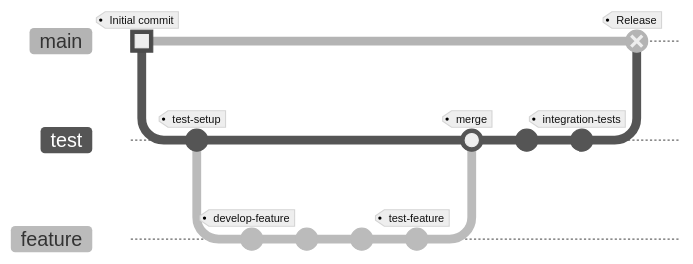
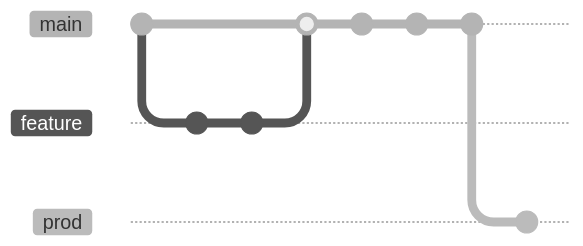
One commit to mjfrigaard/do4ds-labs changed the fourth of 5 diagrams in lab5.qmd. Above: the diagram before and after it, drawn with Mermaid. The commit also changed other lines of this file and 5 other files, not shown here. Commit ids are hidden.

````diff
--- a/lab5.qmd
+++ b/lab5.qmd
@@ -202,26 +198,24 @@
 ```{mermaid}
-%%| fig-cap: 'Git artifact immutability'
+%%| fig-cap: 'Git & CI/CD'
 %%| fig-width: 7.0
 %%| fig-align: center
 %%{init: {'theme': 'neutral', 'look': 'handDrawn', 'themeVariables': { 'fontFamily': 'monospace', "fontSize":"18px"}}}%%
+
 gitGraph
-    commit tag: "Initial commit" type: HIGHLIGHT
-    branch test
-    checkout test
-    commit tag: "test-setup"
-
-    branch feature
-    checkout feature
-    commit tag: "develop-feature"
-    commit
-    commit
-    commit tag: "test-feature"
-
-    checkout test
-    merge feature tag: "merge"
-    commit
-    commit tag: "integration-tests"
-
-    checkout main
-    merge test id: "v1.4.1" tag: "Release" type: REVERSE
+   commit id: "Initial commit"
+   
+   branch feature
+   checkout feature
+   commit id: "New feature code"
+   commit id: "Unit tests pass ✅"
+   
+   checkout main
+   merge feature id: "Merge PR → triggers CI"
+   commit id: "Deploy to Test ✅"
+   commit id: "UAT approved ✅"
+   commit id: "Tag release v1.0 → triggers CD"
+   
+   branch prod
+   checkout prod
+   commit id: "Deploy to Prod 🚀"
 ```
````
